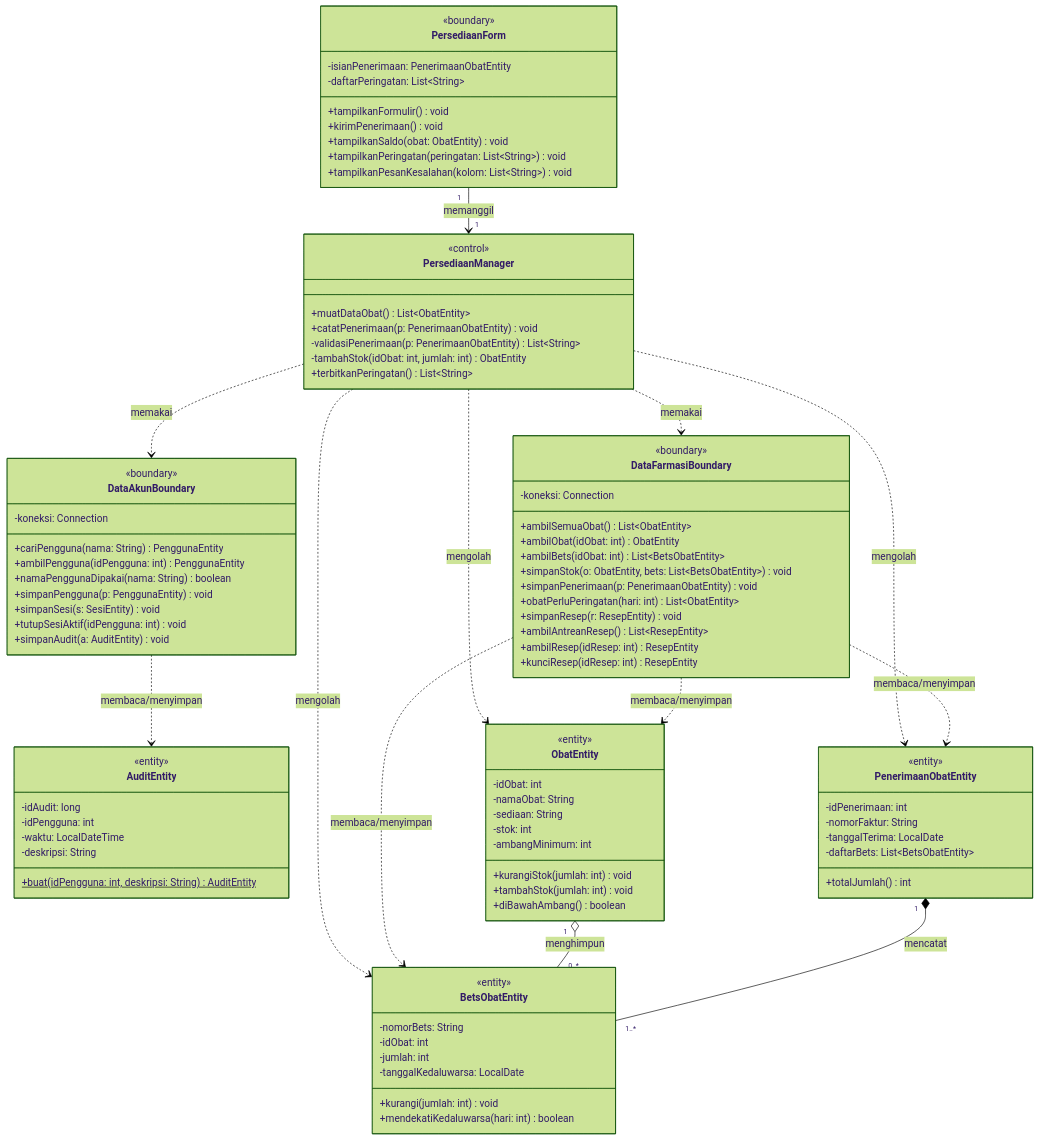
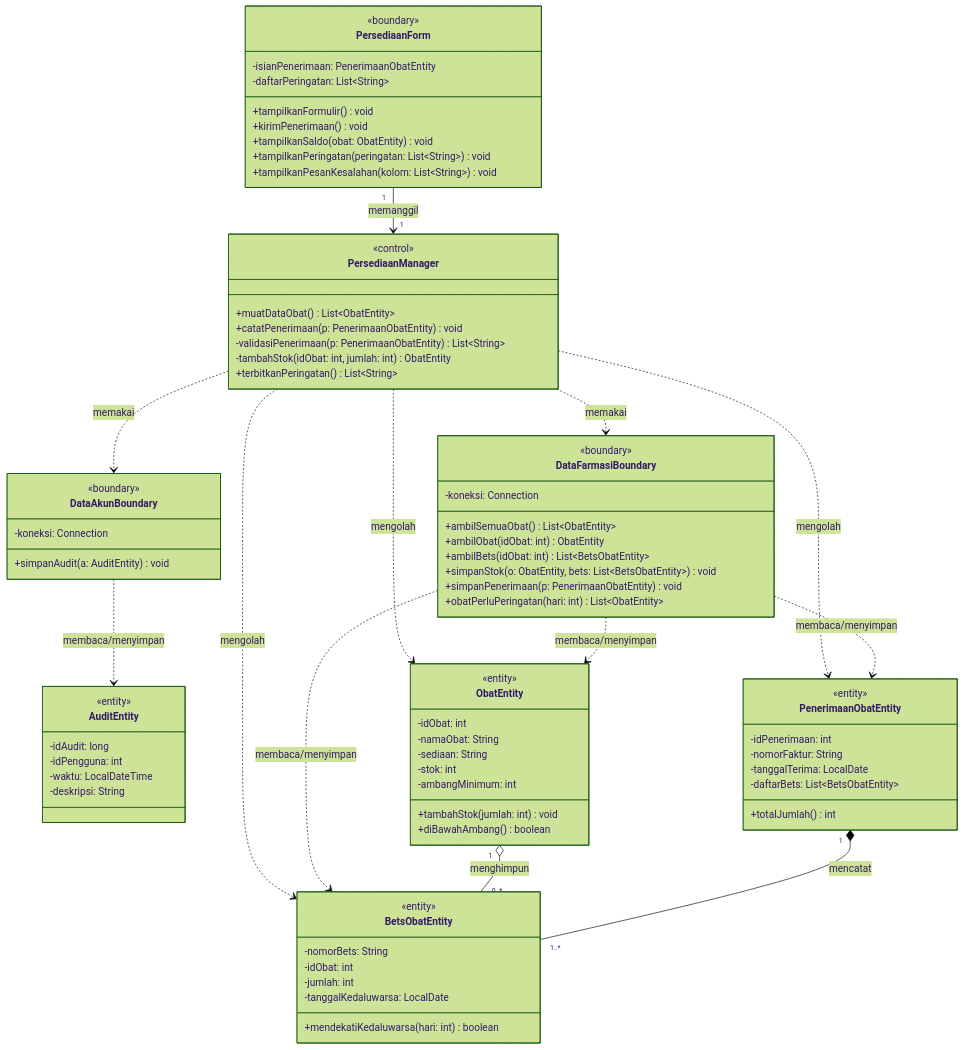
One commit to angseleong/IF2150-RPL-K02-G09 changed the diagram in docs/M7/assets/diagram/src/diagram-kelas-uc08.mmd. Above: the diagram before and after it, drawn with Mermaid (forest theme). The commit also changed 54 other files, not shown here.

Commit message:
docs(m7): gambar ulang sequence UC07-UC12 dengan notasi BCE dan pangkas diagram kelas

```diff
--- a/docs/M7/assets/diagram/src/diagram-kelas-uc08.mmd
+++ b/docs/M7/assets/diagram/src/diagram-kelas-uc08.mmd
@@ -1,93 +1,80 @@
 classDiagram
   direction TB
   class PersediaanForm {
     <<boundary>>
     -isianPenerimaan: PenerimaanObatEntity
     -daftarPeringatan: List~String~
     +tampilkanFormulir() void
     +kirimPenerimaan() void
     +tampilkanSaldo(obat: ObatEntity) void
     +tampilkanPeringatan(peringatan: List~String~) void
     +tampilkanPesanKesalahan(kolom: List~String~) void
   }
   class PersediaanManager {
     <<control>>
     +muatDataObat() List~ObatEntity~
     +catatPenerimaan(p: PenerimaanObatEntity) void
     -validasiPenerimaan(p: PenerimaanObatEntity) List~String~
     -tambahStok(idObat: int, jumlah: int) ObatEntity
     +terbitkanPeringatan() List~String~
   }
   class DataAkunBoundary {
     <<boundary>>
     -koneksi: Connection
-    +cariPengguna(nama: String) PenggunaEntity
-    +ambilPengguna(idPengguna: int) PenggunaEntity
-    +namaPenggunaDipakai(nama: String) boolean
-    +simpanPengguna(p: PenggunaEntity) void
-    +simpanSesi(s: SesiEntity) void
-    +tutupSesiAktif(idPengguna: int) void
     +simpanAudit(a: AuditEntity) void
   }
   class DataFarmasiBoundary {
     <<boundary>>
     -koneksi: Connection
     +ambilSemuaObat() List~ObatEntity~
     +ambilObat(idObat: int) ObatEntity
     +ambilBets(idObat: int) List~BetsObatEntity~
     +simpanStok(o: ObatEntity, bets: List~BetsObatEntity~) void
     +simpanPenerimaan(p: PenerimaanObatEntity) void
     +obatPerluPeringatan(hari: int) List~ObatEntity~
-    +simpanResep(r: ResepEntity) void
-    +ambilAntreanResep() List~ResepEntity~
-    +ambilResep(idResep: int) ResepEntity
-    +kunciResep(idResep: int) ResepEntity
   }
   class AuditEntity {
     <<entity>>
     -idAudit: long
     -idPengguna: int
     -waktu: LocalDateTime
     -deskripsi: String
-    +buat(idPengguna: int, deskripsi: String)$ AuditEntity
   }
   class ObatEntity {
     <<entity>>
     -idObat: int
     -namaObat: String
     -sediaan: String
     -stok: int
     -ambangMinimum: int
-    +kurangiStok(jumlah: int) void
     +tambahStok(jumlah: int) void
     +diBawahAmbang() boolean
   }
   class BetsObatEntity {
     <<entity>>
     -nomorBets: String
     -idObat: int
     -jumlah: int
     -tanggalKedaluwarsa: LocalDate
-    +kurangi(jumlah: int) void
     +mendekatiKedaluwarsa(hari: int) boolean
   }
   class PenerimaanObatEntity {
     <<entity>>
     -idPenerimaan: int
     -nomorFaktur: String
     -tanggalTerima: LocalDate
     -daftarBets: List~BetsObatEntity~
     +totalJumlah() int
   }
   PersediaanForm "1" --> "1" PersediaanManager : memanggil
   PersediaanManager ..> BetsObatEntity : mengolah
   PersediaanManager ..> DataAkunBoundary : memakai
   PersediaanManager ..> DataFarmasiBoundary : memakai
   PersediaanManager ..> ObatEntity : mengolah
   PersediaanManager ..> PenerimaanObatEntity : mengolah
   DataAkunBoundary ..> AuditEntity : membaca/menyimpan
   DataFarmasiBoundary ..> ObatEntity : membaca/menyimpan
   DataFarmasiBoundary ..> BetsObatEntity : membaca/menyimpan
   DataFarmasiBoundary ..> PenerimaanObatEntity : membaca/menyimpan
   ObatEntity "1" o-- "0..*" BetsObatEntity : menghimpun
   PenerimaanObatEntity "1" *-- "1..*" BetsObatEntity : mencatat
```
